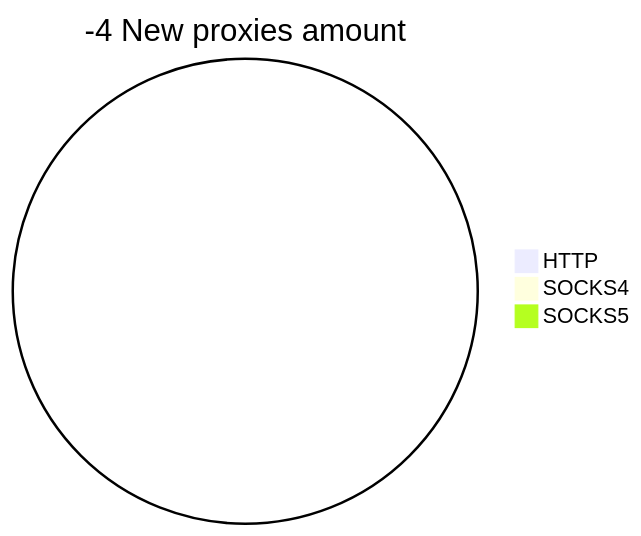
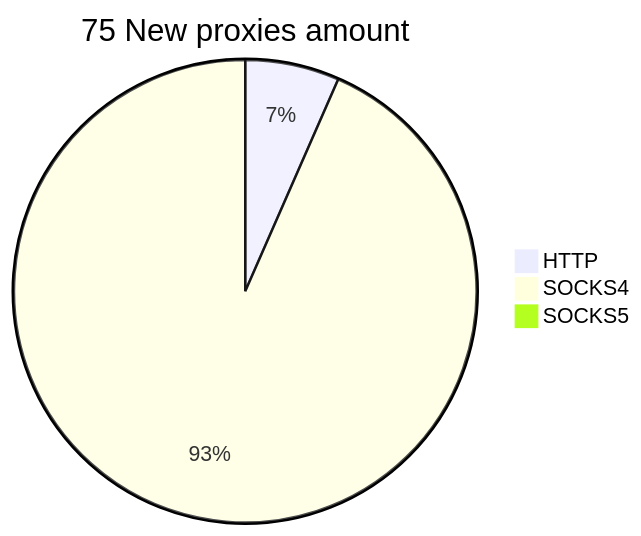
Before and after one commit to cutipu/proxylist: the second of 2 diagrams in README.md, drawn with Mermaid. The commit also changed other lines of this file, not shown here.

````diff
--- a/README.md
+++ b/README.md
@@ -10,6 +10,6 @@
 ```mermaid
-pie title -4 New proxies amount
-    "HTTP" : 0
-    "SOCKS4" : 0
+pie title 75 New proxies amount
+    "HTTP" : 5
+    "SOCKS4" : 71
     "SOCKS5" : 0
 ```
````
